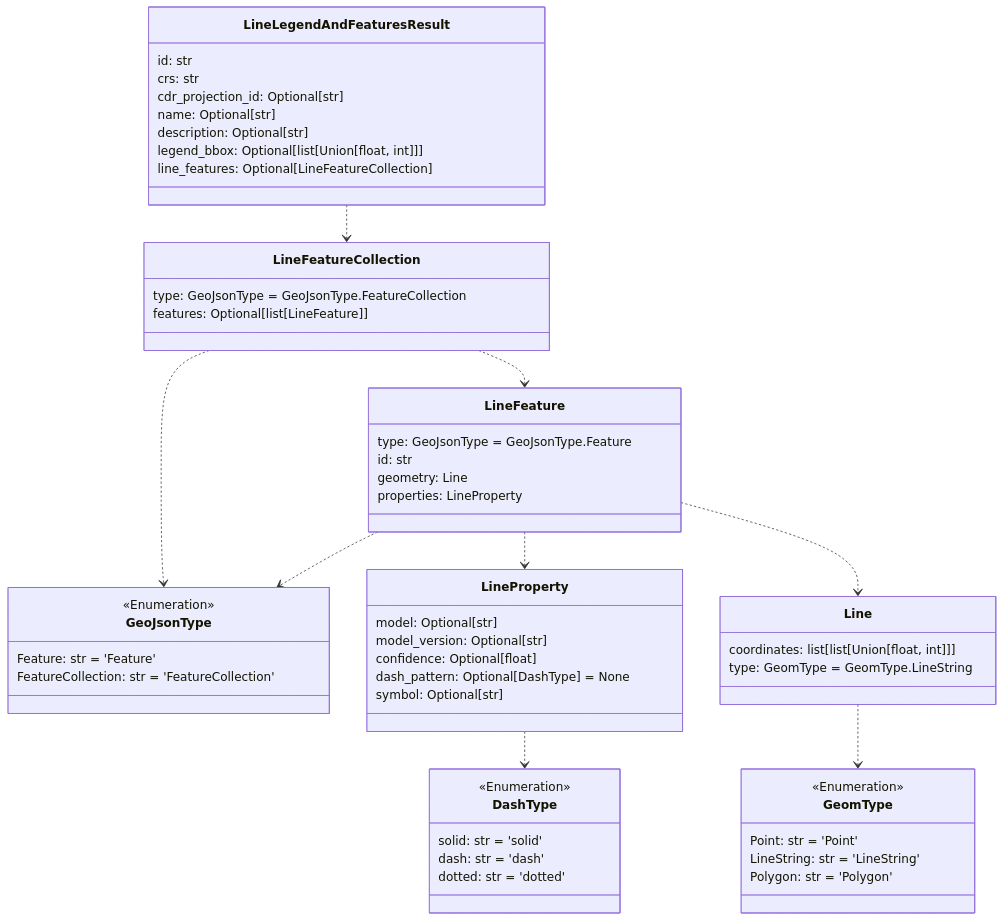
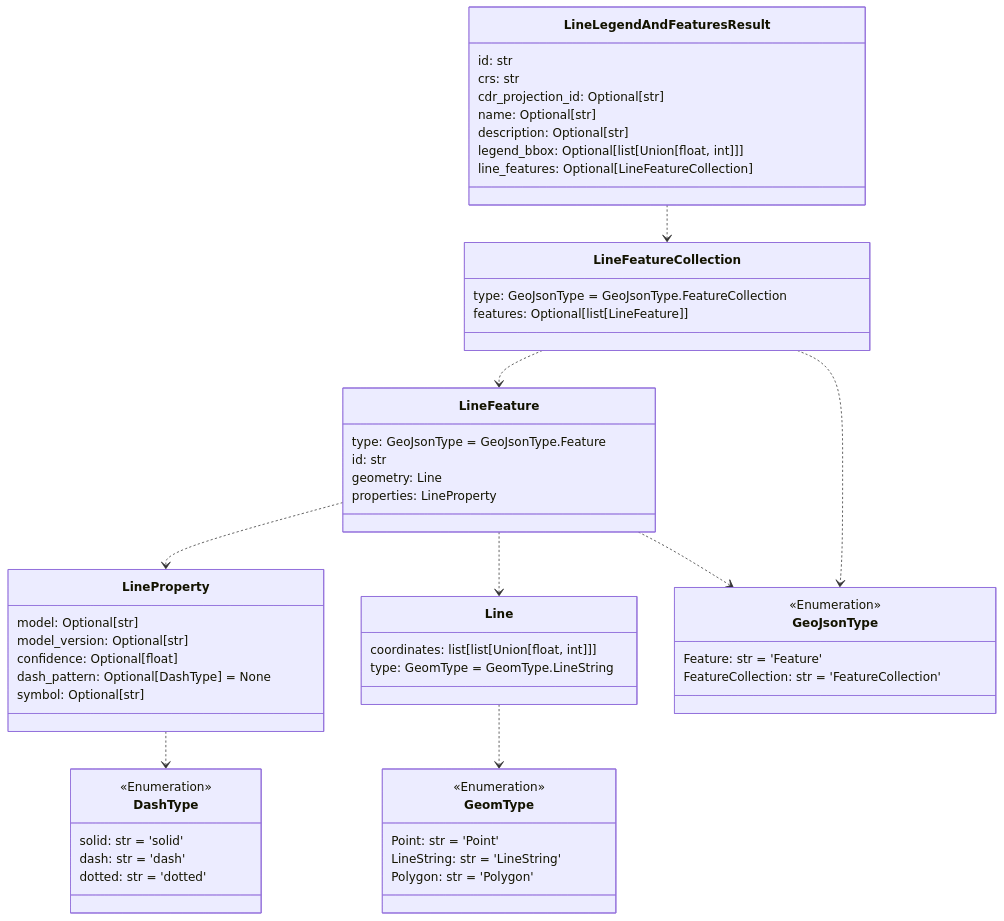
One commit to DARPA-CRITICALMAAS/cdr_schemas changed the sixth of 12 diagrams in README.md. Above: the diagram before and after it, drawn with Mermaid. The commit also changed other lines of this file, not shown here.

````diff
--- a/README.md
+++ b/README.md
@@ -411,69 +411,69 @@
 ```mermaid
 classDiagram
 
-    class LineFeatureCollection {
-        type: GeoJsonType = GeoJsonType.FeatureCollection
-        features: Optional[list[LineFeature]]
+    class LineFeature {
+        type: GeoJsonType = GeoJsonType.Feature
+        id: str
+        geometry: Line
+        properties: LineProperty
     }
 
-    class GeomType {
+    class DashType {
         <<Enumeration>>
-        Point: str = 'Point'
-        LineString: str = 'LineString'
-        Polygon: str = 'Polygon'
-    }
-
-    class Line {
-        coordinates: list[list[Union[float, int]]]
-        type: GeomType = GeomType.LineString
+        solid: str = 'solid'
+        dash: str = 'dash'
+        dotted: str = 'dotted'
     }
 
     class LineLegendAndFeaturesResult {
         id: str
         crs: str
         cdr_projection_id: Optional[str]
         name: Optional[str]
         description: Optional[str]
         legend_bbox: Optional[list[Union[float, int]]]
         line_features: Optional[LineFeatureCollection]
     }
 
-    class GeoJsonType {
-        <<Enumeration>>
-        Feature: str = 'Feature'
-        FeatureCollection: str = 'FeatureCollection'
-    }
-
-    class DashType {
-        <<Enumeration>>
-        solid: str = 'solid'
-        dash: str = 'dash'
-        dotted: str = 'dotted'
-    }
-
     class LineProperty {
         model: Optional[str]
         model_version: Optional[str]
         confidence: Optional[float]
         dash_pattern: Optional[DashType] = None
         symbol: Optional[str]
     }
 
-    class LineFeature {
-        type: GeoJsonType = GeoJsonType.Feature
-        id: str
-        geometry: Line
-        properties: LineProperty
+    class GeoJsonType {
+        <<Enumeration>>
+        Feature: str = 'Feature'
+        FeatureCollection: str = 'FeatureCollection'
+    }
+
+    class LineFeatureCollection {
+        type: GeoJsonType = GeoJsonType.FeatureCollection
+        features: Optional[list[LineFeature]]
+    }
+
+    class Line {
+        coordinates: list[list[Union[float, int]]]
+        type: GeomType = GeomType.LineString
+    }
+
+    class GeomType {
+        <<Enumeration>>
+        Point: str = 'Point'
+        LineString: str = 'LineString'
+        Polygon: str = 'Polygon'
     }
 
     Line ..> GeomType
     LineProperty ..> DashType
-    LineFeature ..> GeoJsonType
     LineFeature ..> LineProperty
     LineFeature ..> Line
+    LineFeature ..> GeoJsonType
+    LineFeatureCollection ..> LineFeature
     LineFeatureCollection ..> GeoJsonType
-    LineFeatureCollection ..> LineFeature
     LineLegendAndFeaturesResult ..> LineFeatureCollection
 
 
 ```
````
